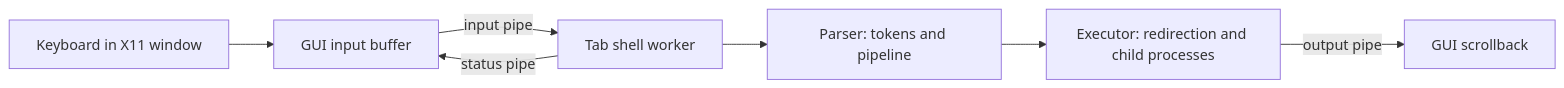
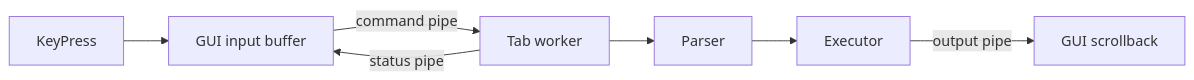
One commit to slayerrr12/Terminator- changed the diagram in docs/TASK_IMPLEMENTATION_README.md. Above: the diagram before and after it, drawn with Mermaid. The commit also changed other lines of this file and 15 other files, not shown here.

````diff
--- a/docs/TASK_IMPLEMENTATION_README.md
+++ b/docs/TASK_IMPLEMENTATION_README.md
@@ -72,9 +72,9 @@
 ```mermaid
 flowchart LR
-    A[Keyboard in X11 window] --> B[GUI input buffer]
-    B -->|input pipe| C[Tab shell worker]
-    C --> D[Parser: tokens and pipeline]
-    D --> E[Executor: redirection and child processes]
+    A[KeyPress] --> B[GUI input buffer]
+    B -->|command pipe| C[Tab worker]
+    C --> D[Parser]
+    D --> E[Executor]
     E -->|output pipe| F[GUI scrollback]
     C -->|status pipe| B
 ```
````
